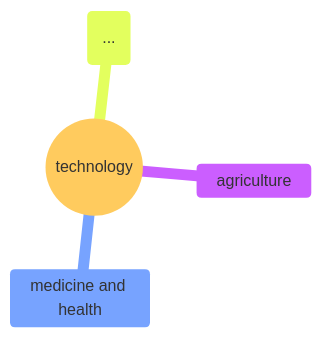
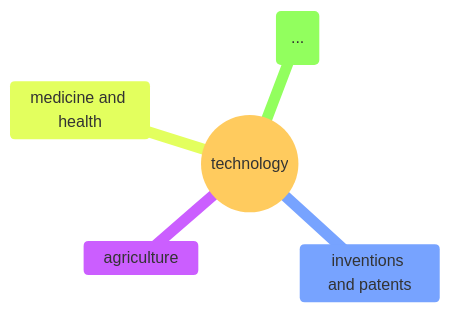
One commit to nimbinatus/taxonomy changed the eighth of 8 diagrams in docs/full_taxonomy.md. Above: the diagram before and after it, drawn with Mermaid.

Commit message:
feat(taxonomy): adding more data

````diff
--- a/docs/full_taxonomy.md
+++ b/docs/full_taxonomy.md
@@ -405,15 +405,16 @@
 ```mermaid
 ---
 title: Technology
 config:
     fontSize: 8
     theme: base
     mindmap:
         maxNodeWidth: 100
 ---
 mindmap
     root((technology))
         agriculture
+        inventions and patents
         medicine and health
         id(...)
 ```
````
